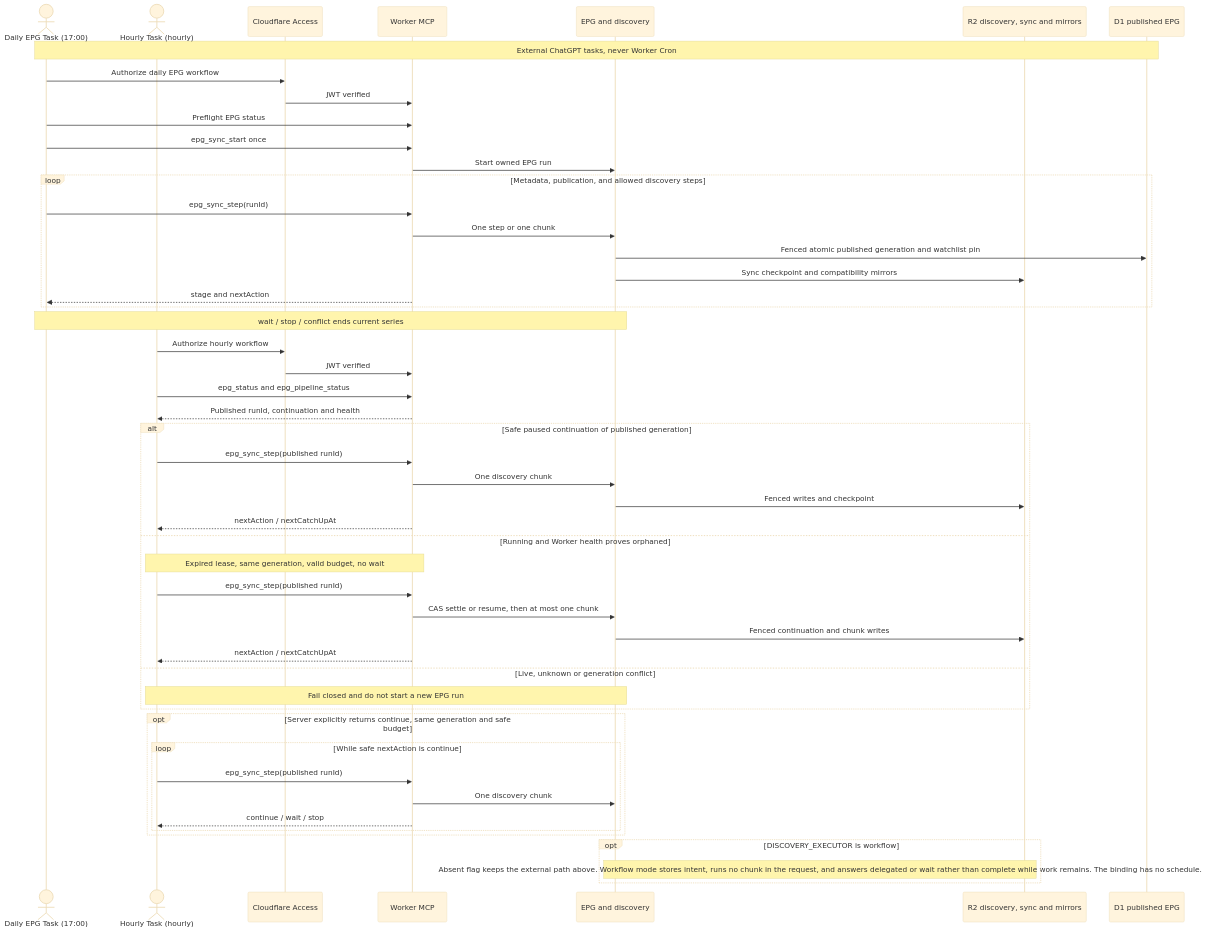
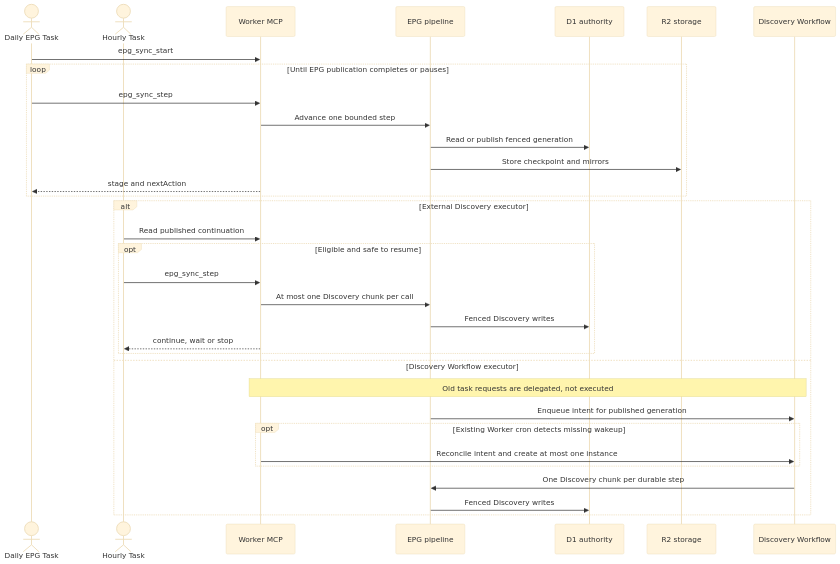
Before and after one commit to vladimino/iptv-watchlist: the first of 8 diagrams in docs/architecture/scheduling-and-orchestration.md, drawn with Mermaid (base theme). The commit also changed other lines of this file and 25 other files, not shown here.

First line of the commit message:
AIR-324: Discovery Workflow cron reconcile and intent reconstruction (#380)

````diff
--- a/docs/architecture/scheduling-and-orchestration.md
+++ b/docs/architecture/scheduling-and-orchestration.md
@@ -9,52 +9,35 @@
 ```mermaid
 sequenceDiagram
-    actor Daily as Daily EPG Task (17:00)
-    actor Hourly as Hourly Task (hourly)
-    participant Access as Cloudflare Access
+    actor Daily as Daily EPG Task
+    actor Hourly as Hourly Task
     participant MCP as Worker MCP
-    participant EPG as EPG and discovery
-    participant R2 as R2 discovery, sync and mirrors
-    participant D1 as D1 published EPG
-    Note over Daily,D1: External ChatGPT tasks, never Worker Cron
-    Daily->>Access: Authorize daily EPG workflow
-    Access->>MCP: JWT verified
-    Daily->>MCP: Preflight EPG status
-    Daily->>MCP: epg_sync_start once
-    MCP->>EPG: Start owned EPG run
-    loop Metadata, publication, and allowed discovery steps
-        Daily->>MCP: epg_sync_step(runId)
-        MCP->>EPG: One step or one chunk
-        EPG->>D1: Fenced atomic published generation and watchlist pin
-        EPG->>R2: Sync checkpoint and compatibility mirrors
+    participant EPG as EPG pipeline
+    participant D1 as D1 authority
+    participant R2 as R2 storage
+    participant WF as Discovery Workflow
+    Daily->>MCP: epg_sync_start
+    loop Until EPG publication completes or pauses
+        Daily->>MCP: epg_sync_step
+        MCP->>EPG: Advance one bounded step
+        EPG->>D1: Read or publish fenced generation
+        EPG->>R2: Store checkpoint and mirrors
         MCP-->>Daily: stage and nextAction
     end
-    Note over Daily,EPG: wait / stop / conflict ends current series
-    Hourly->>Access: Authorize hourly workflow
-    Access->>MCP: JWT verified
-    Hourly->>MCP: epg_status and epg_pipeline_status
-    MCP-->>Hourly: Published runId, continuation and health
-    alt Safe paused continuation of published generation
-        Hourly->>MCP: epg_sync_step(published runId)
-        MCP->>EPG: One discovery chunk
-        EPG->>R2: Fenced writes and checkpoint
-        MCP-->>Hourly: nextAction / nextCatchUpAt
-    else Running and Worker health proves orphaned
-        Note over Hourly,MCP: Expired lease, same generation, valid budget, no wait
-        Hourly->>MCP: epg_sync_step(published runId)
-        MCP->>EPG: CAS settle or resume, then at most one chunk
-        EPG->>R2: Fenced continuation and chunk writes
-        MCP-->>Hourly: nextAction / nextCatchUpAt
-    else Live, unknown or generation conflict
-        Note over Hourly,EPG: Fail closed and do not start a new EPG run
-    end
-    opt Server explicitly returns continue, same generation and safe budget
-        loop While safe nextAction is continue
-            Hourly->>MCP: epg_sync_step(published runId)
-            MCP->>EPG: One discovery chunk
-            MCP-->>Hourly: continue / wait / stop
+    alt External Discovery executor
+        Hourly->>MCP: Read published continuation
+        opt Eligible and safe to resume
+            Hourly->>MCP: epg_sync_step
+            MCP->>EPG: At most one Discovery chunk per call
+            EPG->>D1: Fenced Discovery writes
+            MCP-->>Hourly: continue, wait or stop
         end
-    end
-    opt DISCOVERY_EXECUTOR is workflow
-        Note over EPG,R2: Absent flag keeps the external path above. Workflow mode stores intent, runs no chunk in the request, and answers delegated or wait rather than complete while work remains. The binding has no schedule.
+    else Discovery Workflow executor
+        Note over MCP,WF: Old task requests are delegated, not executed
+        EPG->>WF: Enqueue intent for published generation
+        opt Existing Worker cron detects missing wakeup
+            MCP->>WF: Reconcile intent and create at most one instance
+        end
+        WF->>EPG: One Discovery chunk per durable step
+        EPG->>D1: Fenced Discovery writes
     end
 ```
````
